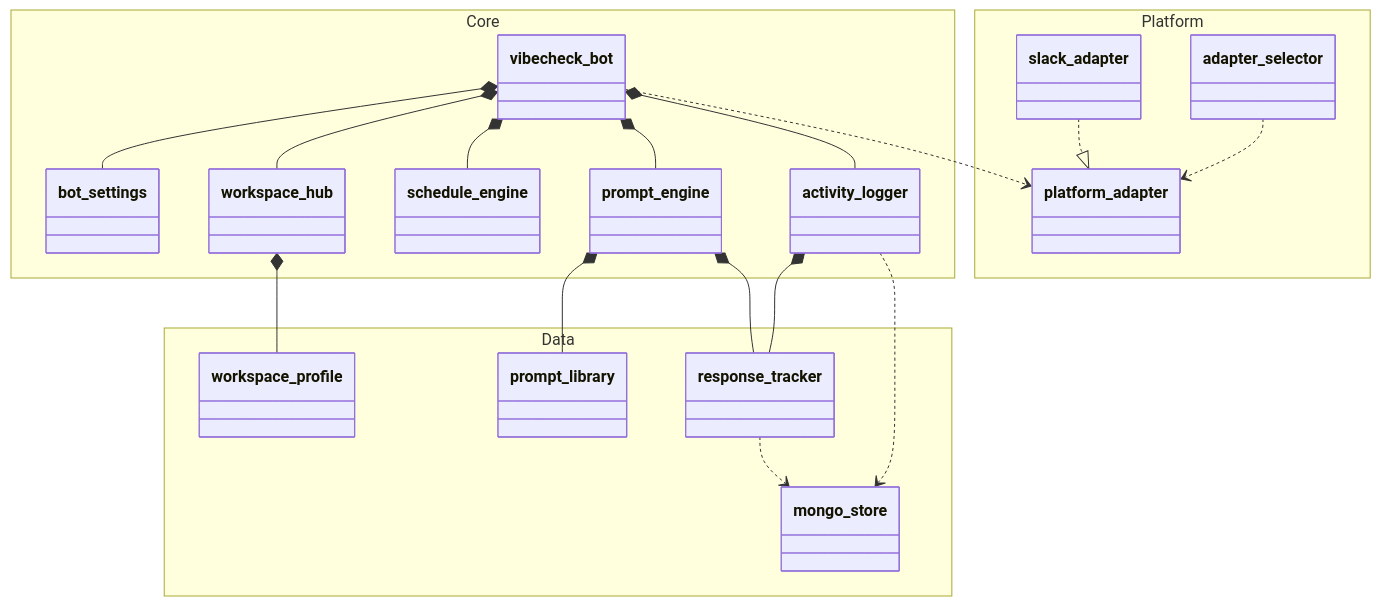
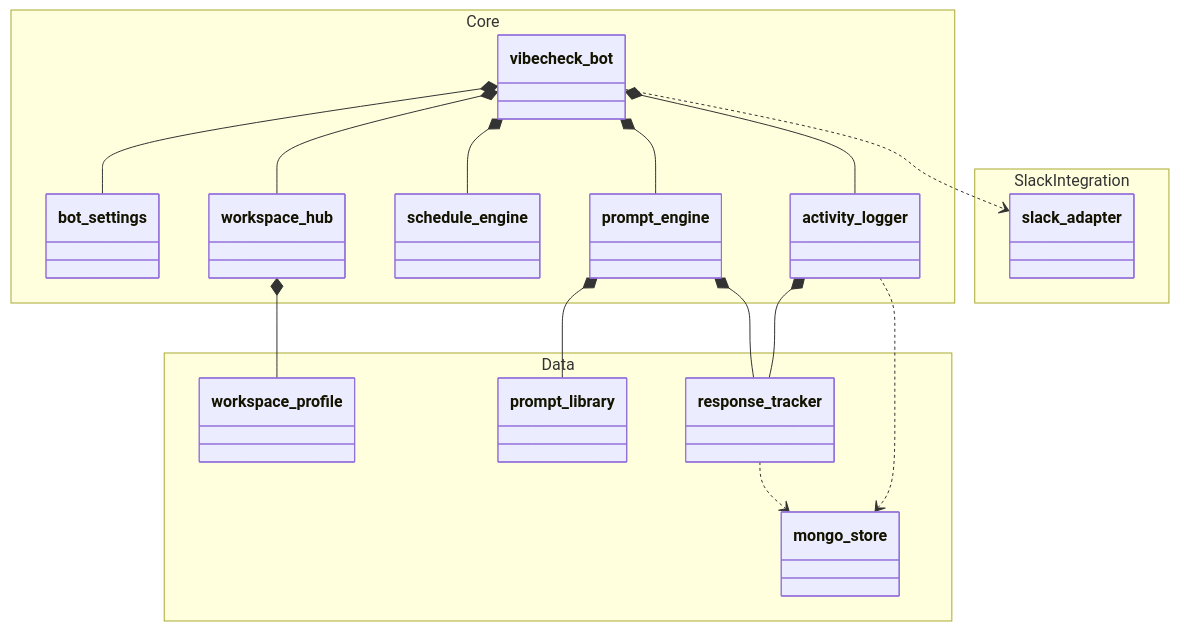
The first of 4 diagrams in documentation/docs/system-architecture/class-diagram.md (Capstone-Projects-2026-spring/project-bereal-chatbot), drawn with Mermaid before and after one commit. The commit also changed other lines of this file, not shown here.

Commit message:
updated class diagram to be slack-specific

````diff
--- a/documentation/docs/system-architecture/class-diagram.md
+++ b/documentation/docs/system-architecture/class-diagram.md
@@ -11,65 +11,57 @@
 ```mermaid
 classDiagram
 direction TB
     namespace Core {
         class vibecheck_bot {
         }
 
         class bot_settings {
         }
 
         class workspace_hub {
         }
 
         class schedule_engine {
         }
 
         class prompt_engine {
         }
 
         class activity_logger {
         }
     }
 
     namespace Data {
         class workspace_profile {
         }
 
         class response_tracker {
         }
 
         class prompt_library {
         }
 
         class mongo_store {
         }
     }
 
-    namespace Platform {
-        class platform_adapter {
-        }
-
+    namespace SlackIntegration {
         class slack_adapter {
-        }
-
-        class adapter_selector {
         }
     }
 
     vibecheck_bot *-- bot_settings
     vibecheck_bot *-- workspace_hub
     vibecheck_bot *-- schedule_engine
     vibecheck_bot *-- prompt_engine
     vibecheck_bot *-- activity_logger
 
     workspace_hub *-- workspace_profile
     prompt_engine *-- prompt_library
     prompt_engine *-- response_tracker
     activity_logger *-- response_tracker
 
-    vibecheck_bot ..> platform_adapter
-    adapter_selector ..> platform_adapter
-    slack_adapter ..|> platform_adapter
+    vibecheck_bot ..> slack_adapter
     activity_logger ..> mongo_store
     response_tracker ..> mongo_store
 ```
````
